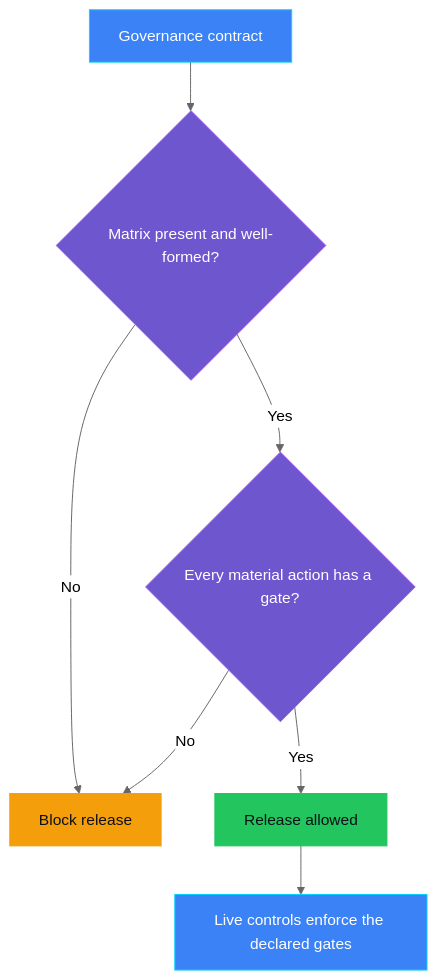
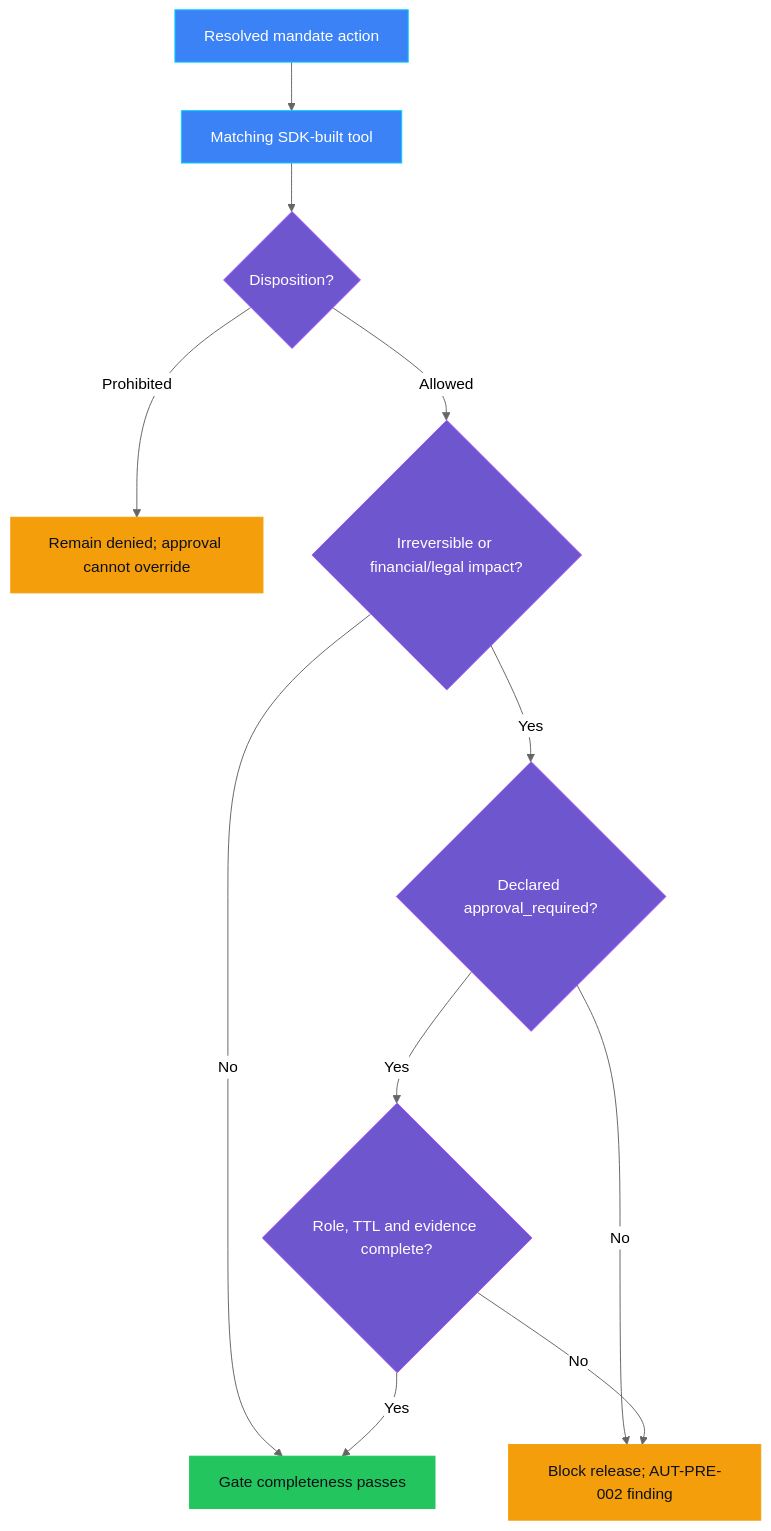
Before and after one commit to doruit/forged-with-foundry: the diagram in controls/autonomy_and_human_oversight/AUT-PRE-002_hitl_gates_missing/README.md, drawn with Mermaid (neutral theme). The commit also changed other lines of this file and 6 other files, not shown here.

First line of the commit message:
Refine AUT-002 and AUT-PRE-001 documentation; enhance clarity on irreversible actions and human oversight gates

````diff
--- a/controls/autonomy_and_human_oversight/AUT-PRE-002_hitl_gates_missing/README.md
+++ b/controls/autonomy_and_human_oversight/AUT-PRE-002_hitl_gates_missing/README.md
@@ -202,18 +198,22 @@
 ```mermaid
 flowchart TB
-    C[Governance contract] --> M{Matrix present and well-formed?}
-    M -->|No| B[Block release]
-    M -->|Yes| R{Every material action has a gate?}
-    R -->|No| B
-    R -->|Yes| A[Release allowed]
-    A --> L[Live controls enforce the declared gates]
+  M[Resolved mandate action] --> T[Matching SDK-built tool]
+  T --> P{Disposition?}
+  P -->|Prohibited| X[Remain denied; approval cannot override]
+  P -->|Allowed| R{Irreversible or financial/legal impact?}
+  R -->|No| G[Gate completeness passes]
+  R -->|Yes| H{Declared approval_required?}
+  H -->|No| B[Block release; AUT-PRE-002 finding]
+  H -->|Yes| A{Role, TTL and evidence complete?}
+  A -->|No| B
+  A -->|Yes| G
 
-    classDef governance fill:#6E56CF,stroke:#A855F7,color:#FFFFFF
-    classDef platform fill:#3B82F6,stroke:#00D4FF,color:#FFFFFF
-    classDef success fill:#22C55E,stroke:#22C55E,color:#0D1117
-    classDef attention fill:#F59E0B,stroke:#F59E0B,color:#0D1117
-    class M,R governance
-    class C,L platform
-    class A success
-    class B attention
+  classDef source fill:#3B82F6,stroke:#00D4FF,color:#FFFFFF
+  classDef gate fill:#6E56CF,stroke:#A855F7,color:#FFFFFF
+  classDef pass fill:#22C55E,stroke:#22C55E,color:#0D1117
+  classDef stop fill:#F59E0B,stroke:#F59E0B,color:#0D1117
+  class M,T source
+  class P,R,H,A gate
+  class G pass
+  class B,X stop
 ```
````
